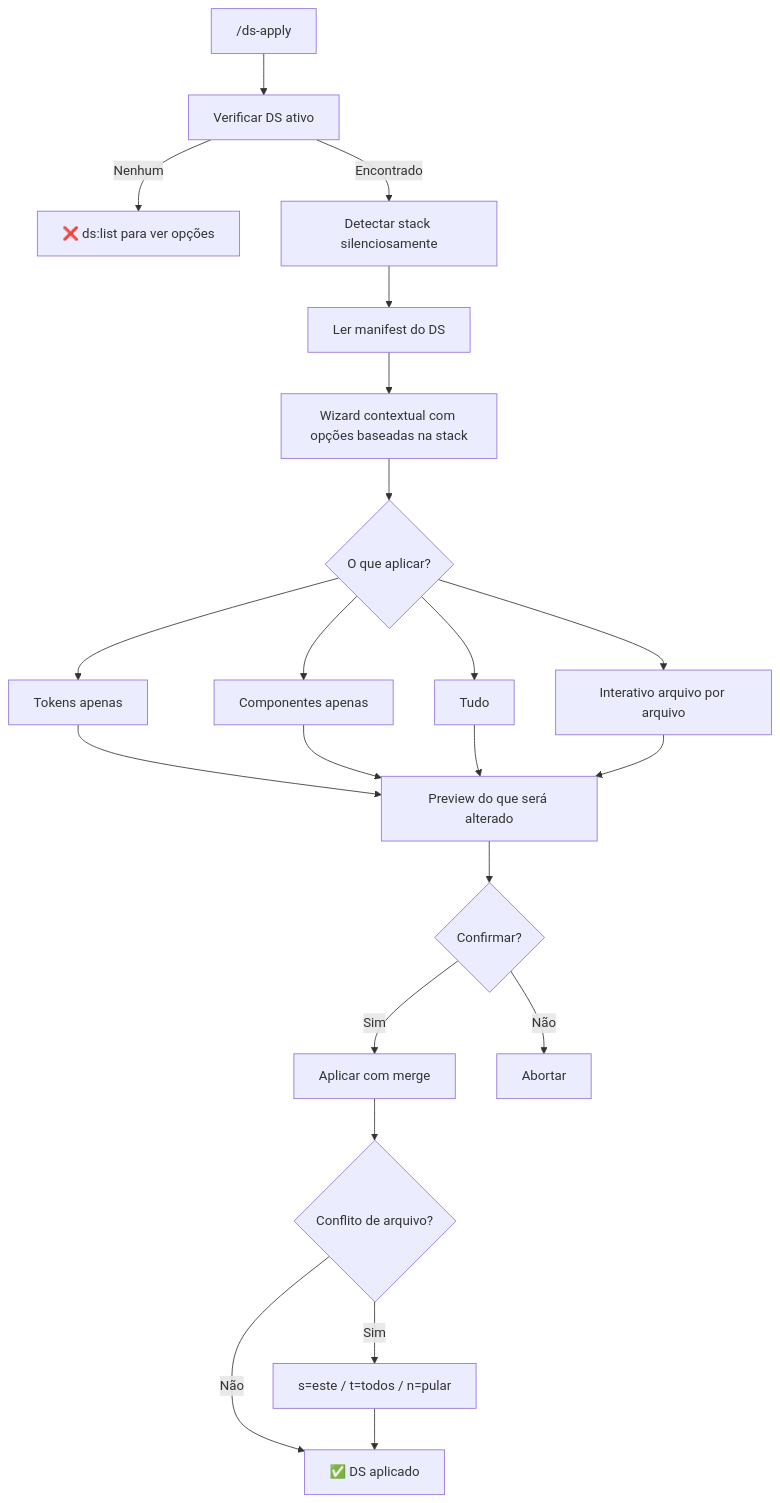
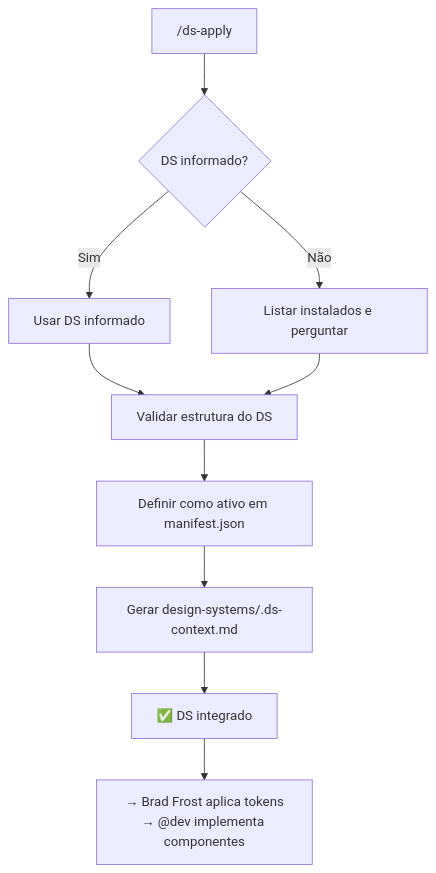
One commit to eximIA-Ventures/design-system-library changed the fifth of 6 diagrams in README.md. Above: the diagram before and after it, drawn with Mermaid. The commit also changed other lines of this file and 1 other file, not shown here.

First line of the commit message:
fix: ds-apply integra DS, não aplica — aplicação é do Brad Frost e @dev

````diff
--- a/README.md
+++ b/README.md
@@ -218,24 +226,12 @@
 ```mermaid
 flowchart TD
-    A["/ds-apply"] --> B[Verificar DS ativo]
-    B -->|Nenhum| Z["❌ ds:list para ver opções"]
-    B -->|Encontrado| C[Detectar stack silenciosamente]
-    C --> D[Ler manifest do DS]
-    D --> E[Wizard contextual com opções baseadas na stack]
-    E --> F{O que aplicar?}
-    F --> G[Tokens apenas]
-    F --> H[Componentes apenas]
-    F --> I[Tudo]
-    F --> J[Interativo arquivo por arquivo]
-    G --> K[Preview do que será alterado]
-    H --> K
-    I --> K
-    J --> K
-    K --> L{Confirmar?}
-    L -->|Sim| M[Aplicar com merge]
-    L -->|Não| N[Abortar]
-    M --> O{Conflito de arquivo?}
-    O -->|Sim| P[s=este / t=todos / n=pular]
-    O -->|Não| Q[✅ DS aplicado]
-    P --> Q
+    A["/ds-apply"] --> B{DS informado?}
+    B -->|Sim| C[Usar DS informado]
+    B -->|Não| D[Listar instalados e perguntar]
+    C --> E[Validar estrutura do DS]
+    D --> E
+    E --> F[Definir como ativo em manifest.json]
+    F --> G[Gerar design-systems/.ds-context.md]
+    G --> H["✅ DS integrado"]
+    H --> I["→ Brad Frost aplica tokens\n→ @dev implementa componentes"]
 ```
````
